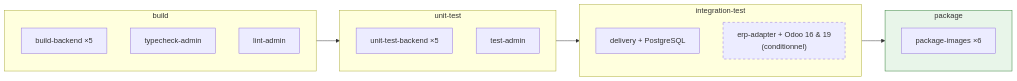
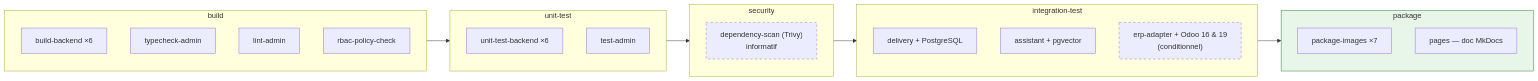
One commit to Moaziz667/asm-track changed the first of 2 diagrams in docs/exploitation/ci-cd.md. Above: the diagram before and after it, drawn with Mermaid. The commit also changed other lines of this file and 6 other files, not shown here.

````diff
--- a/docs/exploitation/ci-cd.md
+++ b/docs/exploitation/ci-cd.md
@@ -5,23 +5,30 @@
 ```mermaid
 flowchart LR
     subgraph S1["build"]
-        A["build-backend ×5"]
+        A["build-backend ×6"]
         B["typecheck-admin"]
         C["lint-admin"]
+        R["rbac-policy-check"]
     end
     subgraph S2["unit-test"]
-        D["unit-test-backend ×5"]
+        D["unit-test-backend ×6"]
         E["test-admin"]
+    end
+    subgraph SS["security"]
+        V["dependency-scan (Trivy)<br/>informatif"]
     end
     subgraph S3["integration-test"]
         F["delivery + PostgreSQL"]
+        I["assistant + pgvector"]
         G["erp-adapter + Odoo 16 & 19<br/>(conditionnel)"]
     end
     subgraph S4["package"]
-        H["package-images ×6"]
+        H["package-images ×7"]
+        P["pages — doc MkDocs"]
     end
-    S1 --> S2 --> S3 --> S4
+    S1 --> S2 --> SS --> S3 --> S4
 
     style G stroke-dasharray: 5
+    style V stroke-dasharray: 5
     style S4 fill:#e8f5e9,stroke:#2e7d32
 ```
````
